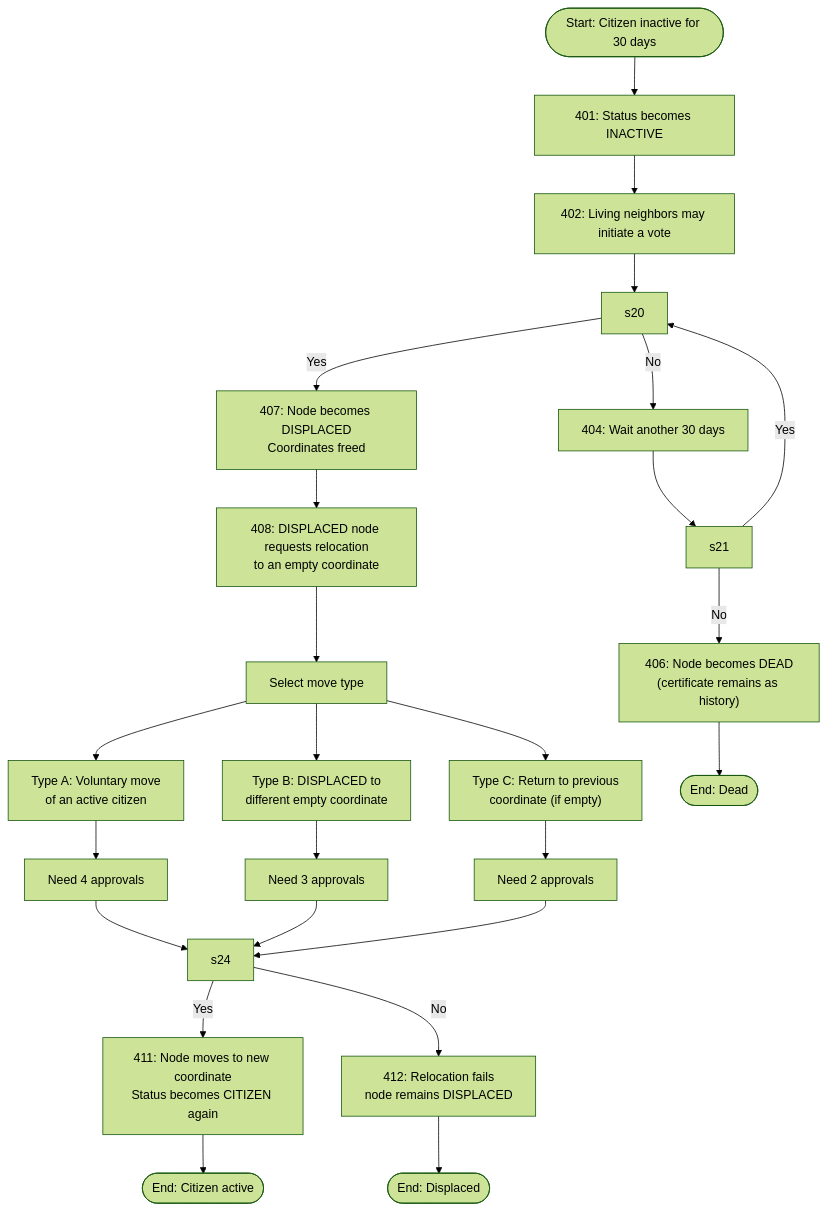
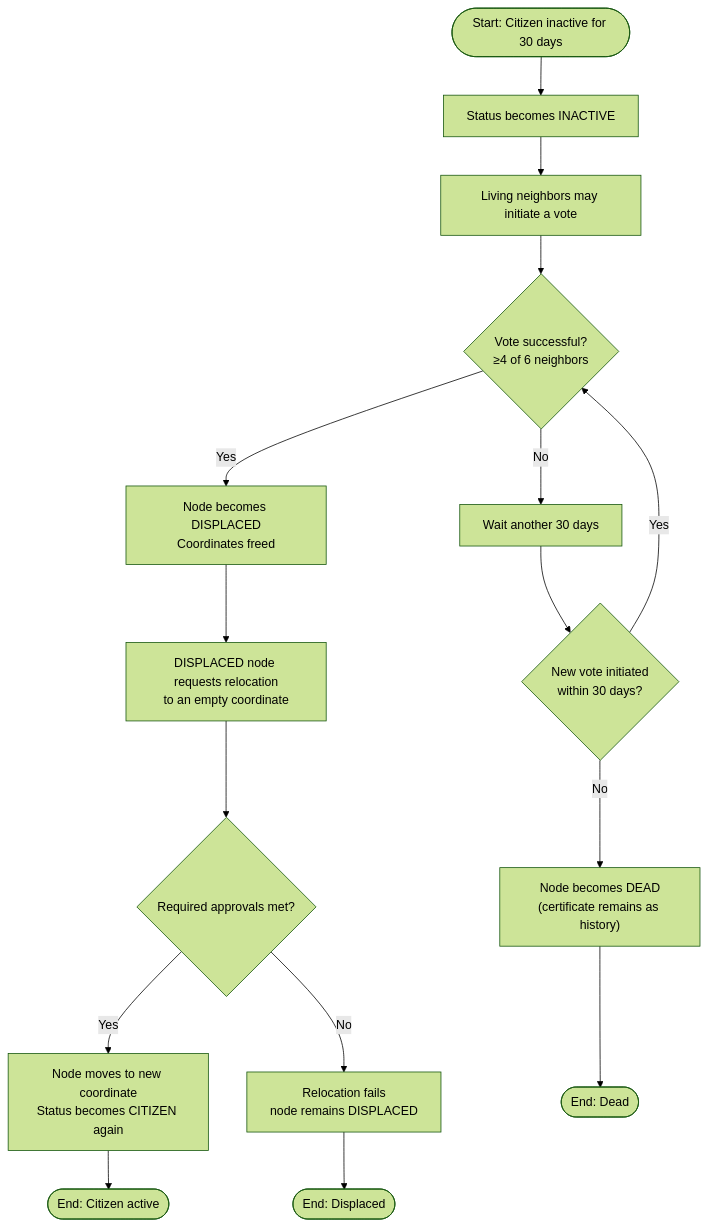
Before and after one commit to comfyuse/Kando: the third of 3 diagrams in README.md, drawn with Mermaid (forest theme). The commit also changed other lines of this file and 15 other files, not shown here.

````diff
--- a/README.md
+++ b/README.md
@@ -76,34 +293,22 @@
-  ```mermaid
-   flowchart TD
-    Start([Start: Citizen inactive for 30 days]) --> Step401[401: Status becomes INACTIVE]
-    Step401 --> Step402[402: Living neighbors may initiate a vote]
-    Step402 --> Decision403[s20]
-    
-    Decision403 -->|No| Step404[404: Wait another 30 days]
-    Step404 --> Decision405[s21]
-    Decision405 -->|No| Step406["406: Node becomes DEAD\n(certificate remains as history)"]
-    Decision405 -->|Yes| Decision403
-    
-    Decision403 -->|Yes| Step407[407: Node becomes DISPLACED\nCoordinates freed]
-    Step407 --> Step408[408: DISPLACED node requests relocation\nto an empty coordinate]
-    Step408 --> SelectType[Select move type]
-    
-    SelectType --> TypeA[Type A: Voluntary move\nof an active citizen]
-    SelectType --> TypeB[Type B: DISPLACED to\ndifferent empty coordinate]
-    SelectType --> TypeC["Type C: Return to previous\ncoordinate (if empty)"]
-    
-    TypeA --> Req4[Need 4 approvals]
-    TypeB --> Req3[Need 3 approvals]
-    TypeC --> Req2[Need 2 approvals]
-    
-    Req4 --> Decision410[s24]
-    Req3 --> Decision410
-    Req2 --> Decision410
-    
-    Decision410 -->|Yes| Step411[411: Node moves to new coordinate\nStatus becomes CITIZEN again]
-    Decision410 -->|No| Step412[412: Relocation fails\nnode remains DISPLACED]
-    
-    Step411 --> End([End: Citizen active])
-    Step406 --> End2([End: Dead])
-    Step412 --> End3([End: Displaced])
- ```
+```mermaid
+flowchart TD
+    Start([Start: Citizen inactive for 30 days]) --> A[Status becomes INACTIVE]
+    A --> B[Living neighbors may initiate a vote]
+    B --> C{Vote successful?<br/>≥4 of 6 neighbors}
+
+    C -->|No| D[Wait another 30 days]
+    D --> E{New vote initiated<br/>within 30 days?}
+    E -->|No| F["Node becomes DEAD<br/>(certificate remains as history)"]
+    E -->|Yes| C
+
+    C -->|Yes| G[Node becomes DISPLACED<br/>Coordinates freed]
+    G --> H[DISPLACED node requests relocation<br/>to an empty coordinate]
+    H --> I{Required approvals met?}
+
+    I -->|Yes| J[Node moves to new coordinate<br/>Status becomes CITIZEN again]
+    I -->|No| K[Relocation fails<br/>node remains DISPLACED]
+
+    J --> End1([End: Citizen active])
+    F --> End2([End: Dead])
+    K --> End3([End: Displaced])
+```
````
